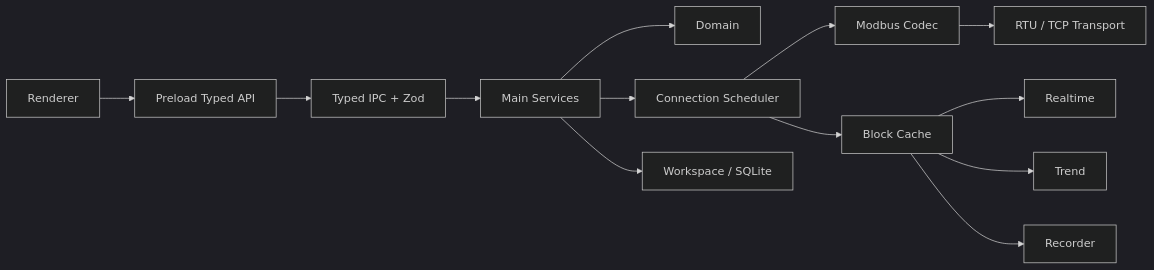
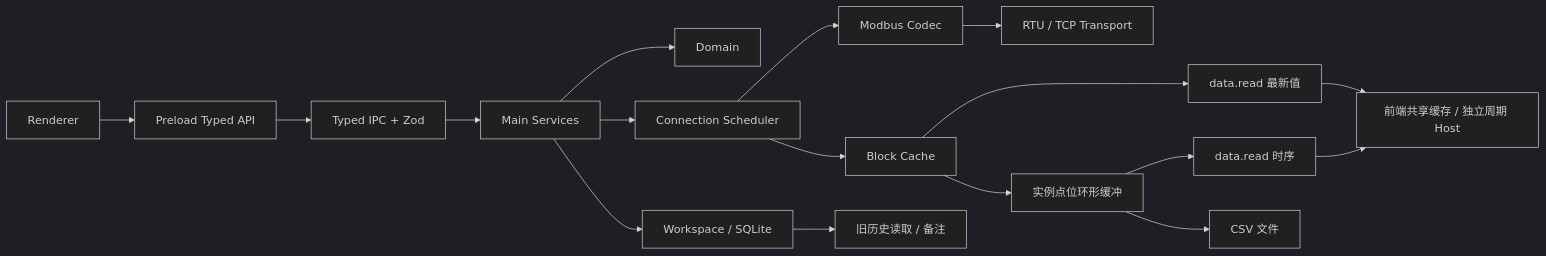
The diagram in docs/architecture.md (loogg/modbus-debugger), drawn with Mermaid (dark theme) before and after one commit. The commit also changed other lines of this file and 264 other files, not shown here.

````diff
--- a/docs/architecture.md
+++ b/docs/architecture.md
@@ -28,15 +28,19 @@
 ```mermaid
 flowchart LR
     UI["Renderer"] --> PRE["Preload Typed API"]
     PRE --> IPC["Typed IPC + Zod"]
     IPC --> APP["Main Services"]
     APP --> DOM["Domain"]
     APP --> SCH["Connection Scheduler"]
     SCH --> MOD["Modbus Codec"]
     MOD --> TR["RTU / TCP Transport"]
     APP --> DB["Workspace / SQLite"]
     SCH --> CACHE["Block Cache"]
-    CACHE --> RT["Realtime"]
-    CACHE --> TREND["Trend"]
-    CACHE --> REC["Recorder"]
+    CACHE --> RT["data.read 最新值"]
+    CACHE --> BUFFER["实例点位环形缓冲"]
+    BUFFER --> TREND["data.read 时序"]
+    BUFFER --> EXPORT["CSV 文件"]
+    RT --> FRONT["前端共享缓存 / 独立周期 Host"]
+    TREND --> FRONT
+    DB --> HISTORY["旧历史读取 / 备注"]
 ```
````
